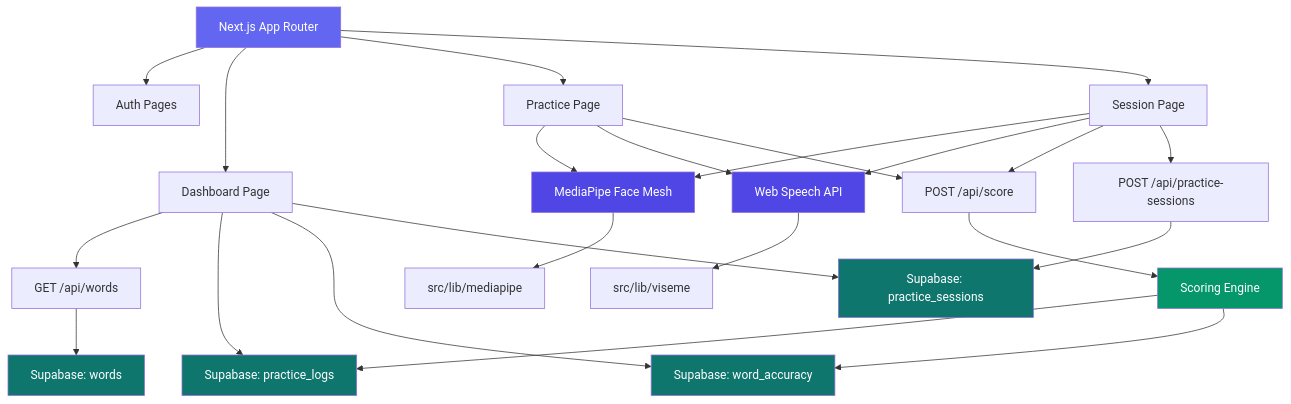
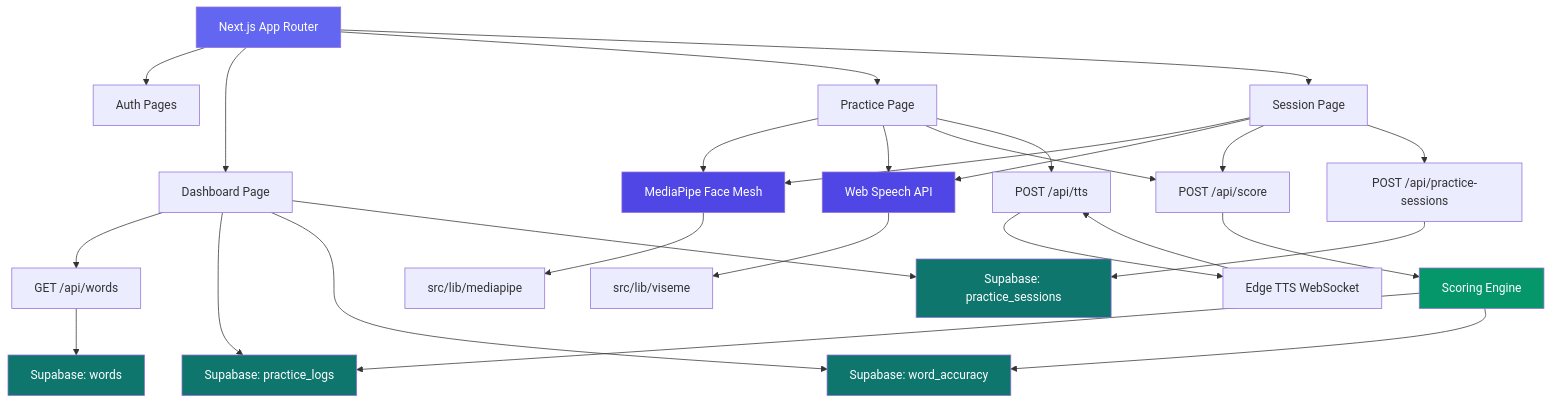
One commit to ArthitBIE/vispeech changed the diagram in docs/ARCHITECTURE.md. Above: the diagram before and after it, drawn with Mermaid. The commit also changed other lines of this file and 1 other file, not shown here.

Commit message:
docs: update API and architecture docs for performance changes
- Add /api/tts endpoint documentation (streaming MP3, request/response)
- Note parallelized DB queries on /api/score endpoint
- Add /api/tts to routing summary in ARCHITECTURE.md
- Add TTS to component diagram (Edge TTS WebSocket flow)

````diff
--- a/docs/ARCHITECTURE.md
+++ b/docs/ARCHITECTURE.md
@@ -11,39 +11,43 @@
 ```mermaid
 graph TD
     A[Next.js App Router] --> B[Auth Pages]
     A --> C[Dashboard Page]
     A --> D[Practice Page]
     A --> E[Session Page]
 
     D --> F[MediaPipe Face Mesh]
     D --> G[Web Speech API]
     E --> F
     E --> G
 
     F --> H[src/lib/mediapipe]
     G --> I[src/lib/viseme]
 
     D --> J[POST /api/score]
     E --> J
     J --> K[Scoring Engine]
     K --> L[Supabase: practice_logs]
     K --> M[Supabase: word_accuracy]
 
     C --> N[GET /api/words]
     N --> O[Supabase: words]
     C --> L
     C --> M
     C --> P[Supabase: practice_sessions]
 
     E --> Q[POST /api/practice-sessions]
     Q --> P
 
+    D --> R[POST /api/tts]
+    R --> S[Edge TTS WebSocket]
+    S --> R
+
     style A fill:#6366F1,color:#fff
     style F fill:#4F46E5,color:#fff
     style G fill:#4F46E5,color:#fff
     style K fill:#059669,color:#fff
     style L fill:#0F766E,color:#fff
     style M fill:#0F766E,color:#fff
     style O fill:#0F766E,color:#fff
     style P fill:#0F766E,color:#fff
 ```
````
